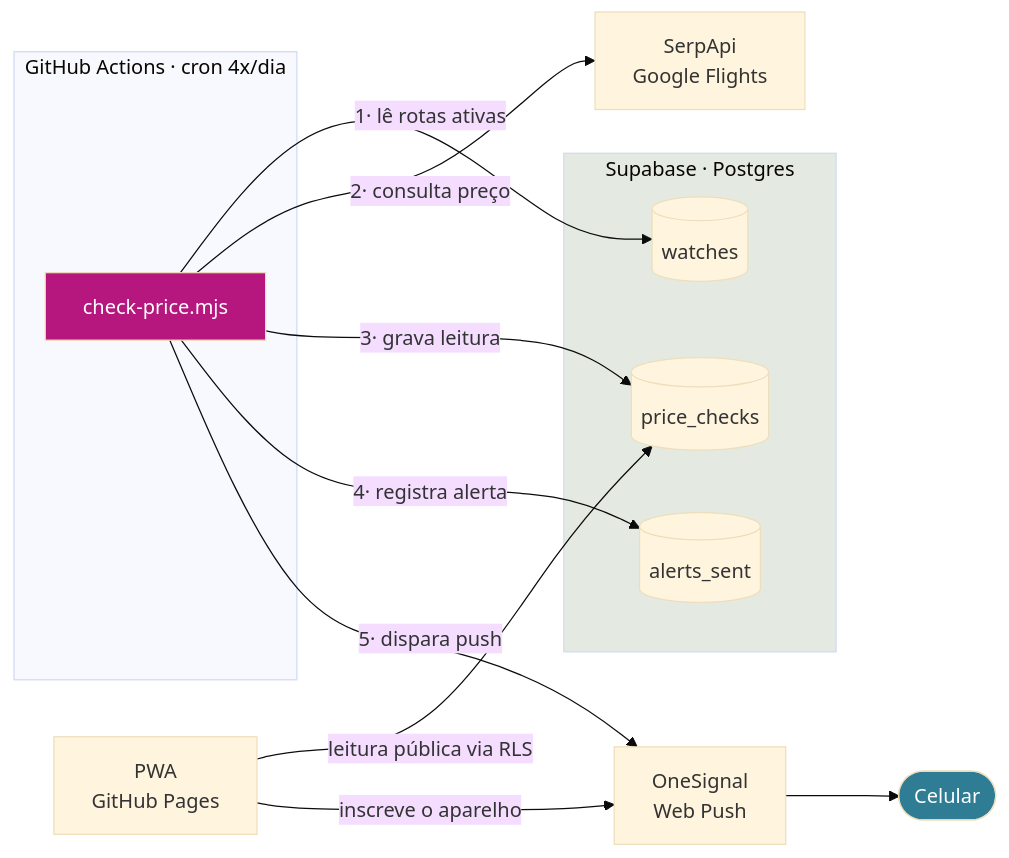
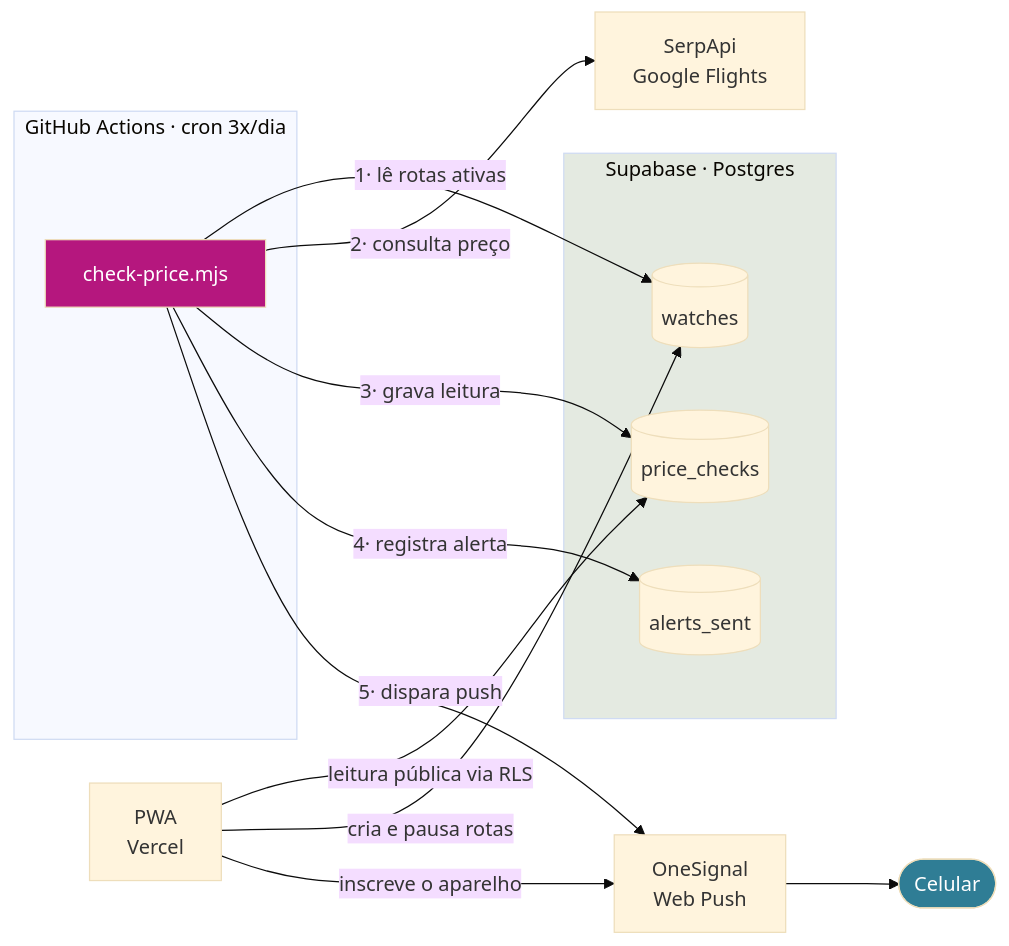
The first of 3 diagrams in README.md (Apollomilk10/FlyAlert), drawn with Mermaid (base theme) before and after one commit. The commit also changed other lines of this file, not shown here.

Commit message:
README: documenta as 10 telas, o deploy no Vercel e as novas permissoes

````diff
--- a/README.md
+++ b/README.md
@@ -25,30 +24,31 @@
 ```mermaid
 flowchart LR
-    subgraph agendador["GitHub Actions · cron 4x/dia"]
+    subgraph agendador["GitHub Actions · cron 3x/dia"]
         script["check-price.mjs"]
     end
 
     subgraph dados["Supabase · Postgres"]
         watches[("watches")]
         checks[("price_checks")]
         alerts[("alerts_sent")]
     end
 
     serp["SerpApi<br/>Google Flights"]
     onesignal["OneSignal<br/>Web Push"]
-    pwa["PWA<br/>GitHub Pages"]
+    pwa["PWA<br/>Vercel"]
     fone(["Celular"])
 
     script -->|"1· lê rotas ativas"| watches
     script -->|"2· consulta preço"| serp
     script -->|"3· grava leitura"| checks
     script -->|"4· registra alerta"| alerts
     script -->|"5· dispara push"| onesignal
     onesignal --> fone
     pwa -->|"leitura pública via RLS"| checks
+    pwa -->|"cria e pausa rotas"| watches
     pwa -->|"inscreve o aparelho"| onesignal
 
     style script fill:#B5177E,color:#fff
     style dados fill:#E4EAE1
     style fone fill:#2F7D95,color:#fff
 ```
````
